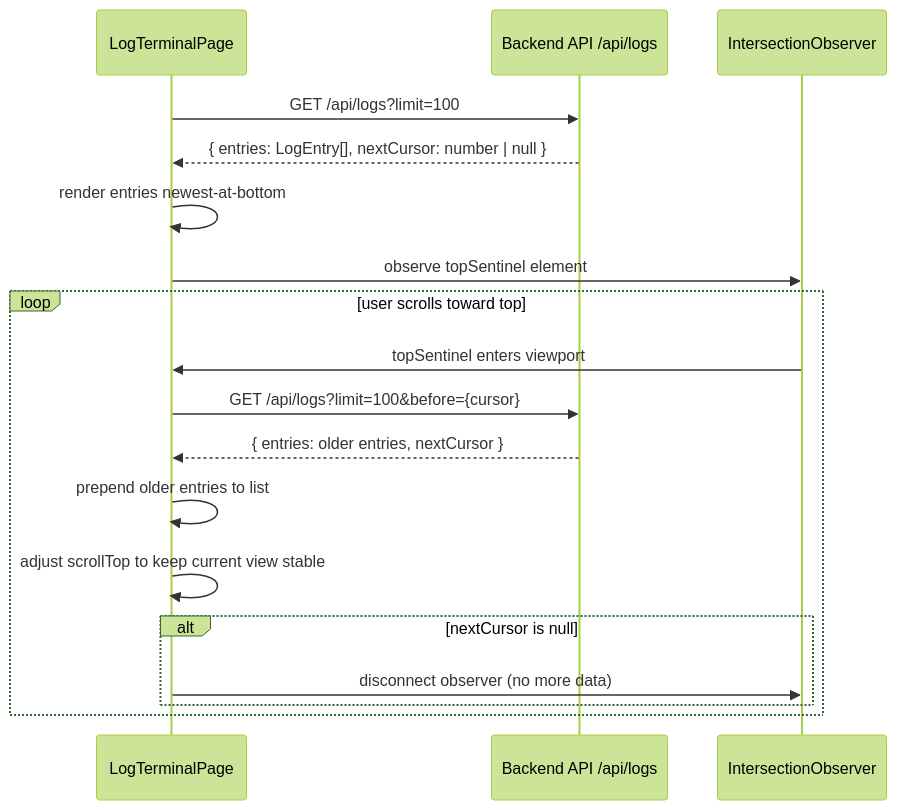
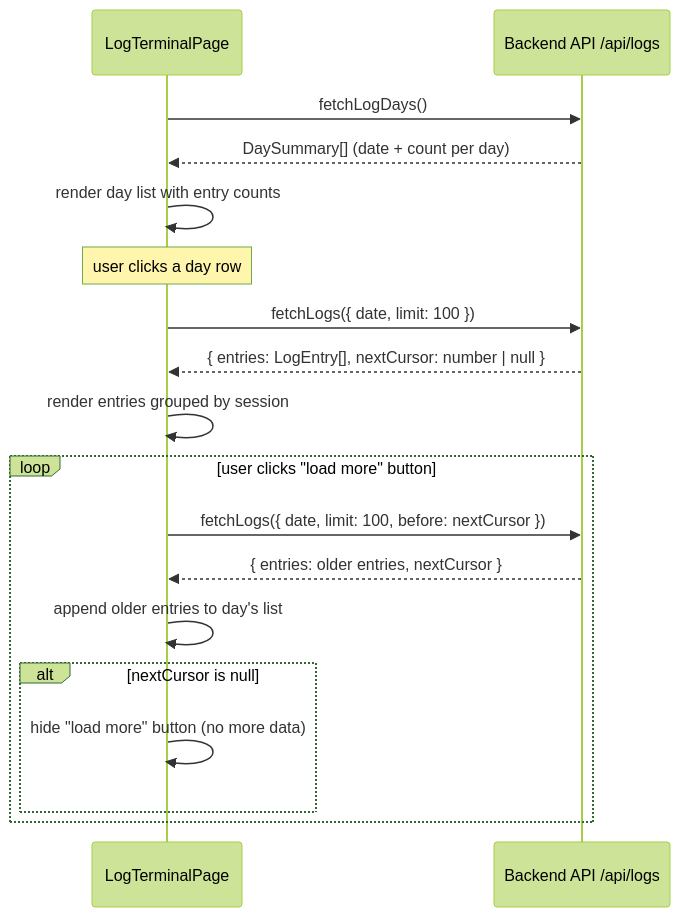
Before and after one commit to evilspoon13/track-web: the seventh of 9 diagrams in documentation/data-flows.md, drawn with Mermaid (forest theme). The commit also changed other lines of this file and 20 other files, not shown here.

Commit message:
Rendered all mermaid diagrams + updated docs + made data model docs

````diff
--- a/documentation/data-flows.md
+++ b/documentation/data-flows.md
@@ -161,22 +165,23 @@
 ```mermaid
 sequenceDiagram
     participant LT as LogTerminalPage
     participant API as Backend API /api/logs
-    participant IO as IntersectionObserver
 
-    LT->>API: GET /api/logs?limit=100
+    LT->>API: fetchLogDays()
+    API-->>LT: DaySummary[] (date + count per day)
+    LT->>LT: render day list with entry counts
+
+    Note over LT: user clicks a day row
+    LT->>API: fetchLogs({ date, limit: 100 })
     API-->>LT: { entries: LogEntry[], nextCursor: number | null }
-    LT->>LT: render entries newest-at-bottom
-    LT->>IO: observe topSentinel element
+    LT->>LT: render entries grouped by session
 
-    loop user scrolls toward top
-        IO->>LT: topSentinel enters viewport
-        LT->>API: GET /api/logs?limit=100&before={cursor}
+    loop user clicks "load more" button
+        LT->>API: fetchLogs({ date, limit: 100, before: nextCursor })
         API-->>LT: { entries: older entries, nextCursor }
-        LT->>LT: prepend older entries to list
-        LT->>LT: adjust scrollTop to keep current view stable
+        LT->>LT: append older entries to day's list
         alt nextCursor is null
-            LT->>IO: disconnect observer (no more data)
+            LT->>LT: hide "load more" button (no more data)
         end
     end
 ```
````
